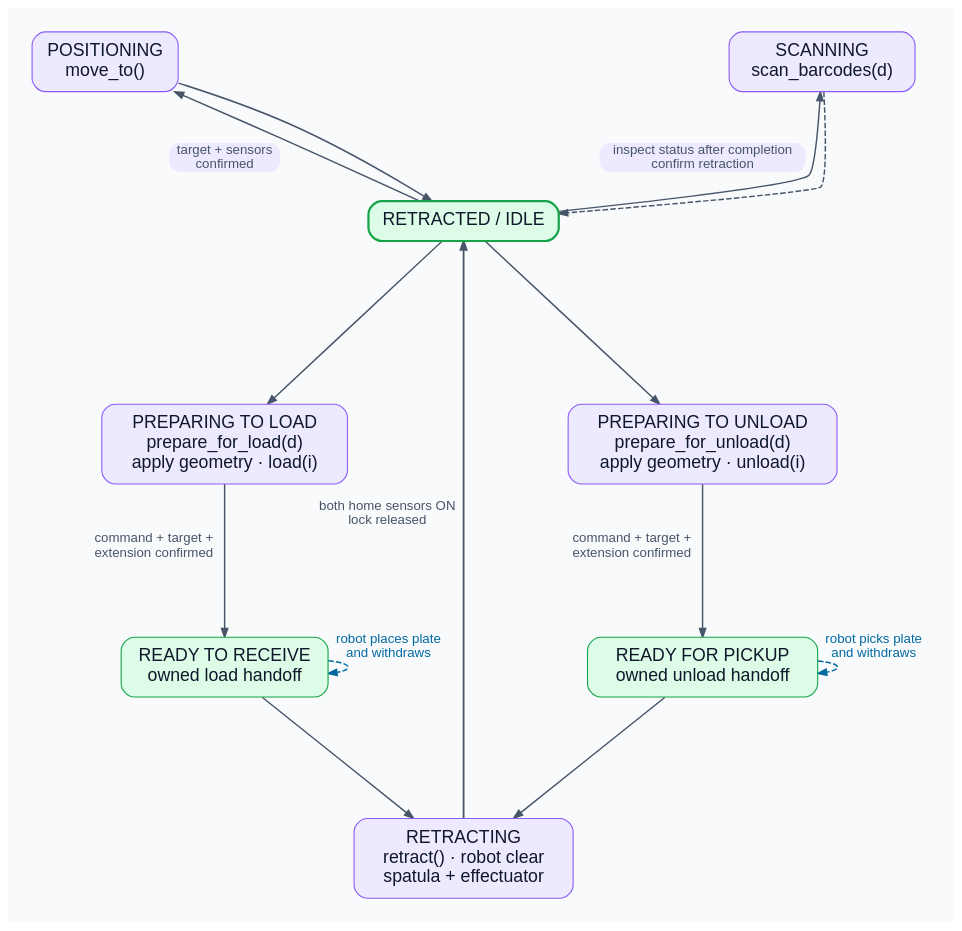
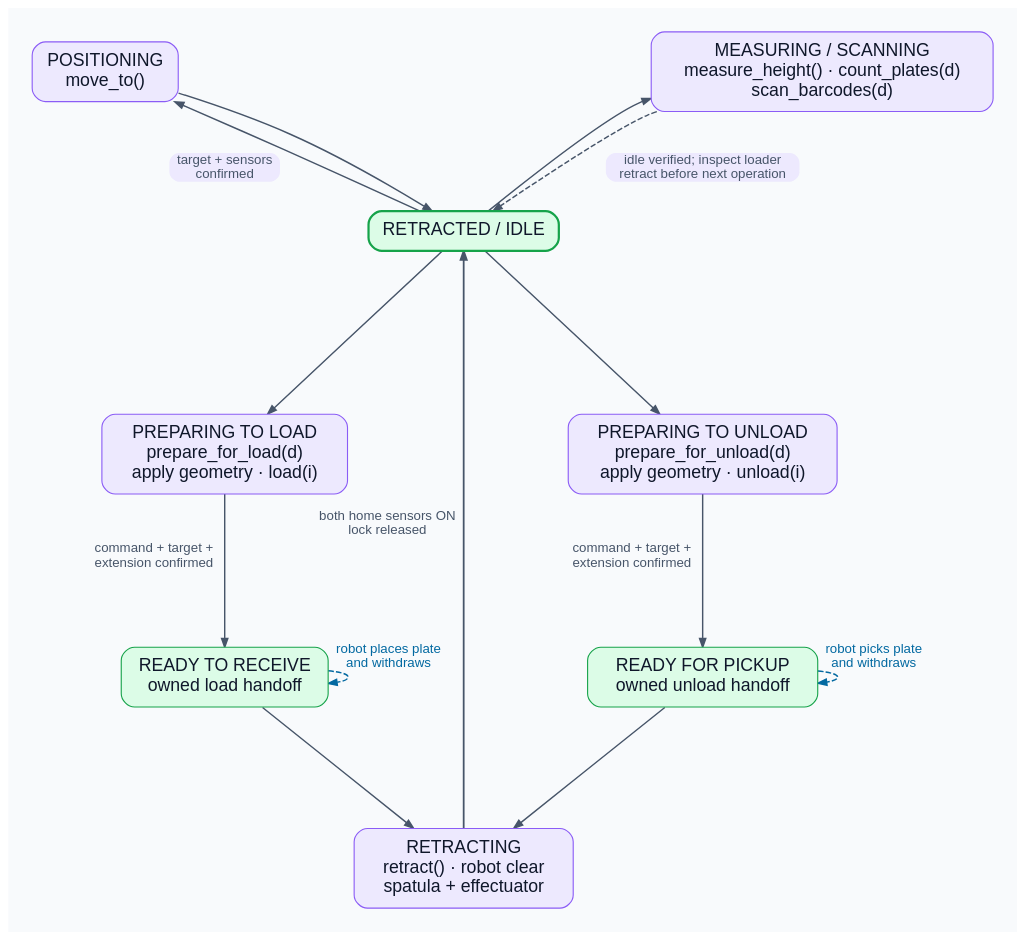
One commit to PyLabRobot/pylabrobot changed the diagram in docs/user_guide/high_res/micro-serve/images/state-machine.dot. Above: the diagram before and after it, drawn with Graphviz. The commit also changed 15 other files, not shown here.

```diff
--- a/docs/user_guide/high_res/micro-serve/images/state-machine.dot
+++ b/docs/user_guide/high_res/micro-serve/images/state-machine.dot
@@ -1,41 +1,41 @@
 digraph microserve_activity {
   graph [bgcolor="#f8fafc", pad=0.3, layout=neato, overlap=true, splines=true,
          outputorder=edgesfirst];
   node [shape=box, style="rounded,filled", fillcolor="#ede9fe", color="#8b5cf6",
         fontcolor="#0f172a", fontname="Helvetica", fontsize=16, pin=true,
         margin="0.18,0.13"];
   edge [color="#475569", fontcolor="#475569", fontname="Helvetica", fontsize=12,
         arrowsize=0.8, penwidth=1.3];
 
   idle [pos="5,8!", label="RETRACTED / IDLE",
         penwidth=2, fillcolor="#dcfce7", color="#16a34a"];
   positioning [pos="0.5,10!", label="POSITIONING\nmove_to()"];
-  scanning [pos="9.5,10!", label="SCANNING\nscan_barcodes(d)"];
+  scanning [pos="9.5,10!", label="MEASURING / SCANNING\nmeasure_height() · count_plates(d)\nscan_barcodes(d)"];
   position_check [pos="2,8.8!", shape=plain, fontsize=12, fontcolor="#475569",
                   label="target + sensors\nconfirmed"];
   scan_check [pos="8,8.8!", shape=plain, fontsize=12, fontcolor="#475569",
-              label="inspect status after completion\nconfirm retraction"];
+              label="idle verified; inspect loader\nretract before next operation"];
   preparing_load [pos="2,5.2!", label="PREPARING TO LOAD\nprepare_for_load(d)\napply geometry · load(i)"];
   preparing_unload [pos="8,5.2!", label="PREPARING TO UNLOAD\nprepare_for_unload(d)\napply geometry · unload(i)"];
   receiving [pos="2,2.4!", label="READY TO RECEIVE\nowned load handoff",
              fillcolor="#dcfce7", color="#16a34a"];
   presenting [pos="8,2.4!", label="READY FOR PICKUP\nowned unload handoff",
               fillcolor="#dcfce7", color="#16a34a"];
   retracting [pos="5,0!", label="RETRACTING\nretract() · robot clear\nspatula + effectuator"];
 
   idle -> positioning;
   positioning -> idle;
   idle -> scanning;
   scanning -> idle [style=dashed];
   idle -> preparing_load;
   idle -> preparing_unload;
   preparing_load -> receiving [xlabel="command + target +\nextension confirmed"];
   preparing_unload -> presenting [xlabel="command + target +\nextension confirmed"];
   receiving -> receiving [xlabel="robot places plate\nand withdraws", color="#0369a1",
                           fontcolor="#0369a1", style=dashed];
   presenting -> presenting [xlabel="robot picks plate\nand withdraws", color="#0369a1",
                             fontcolor="#0369a1", style=dashed];
   receiving -> retracting;
   presenting -> retracting;
   retracting -> idle [xlabel="both home sensors ON\nlock released", penwidth=1.6];
 }
```
